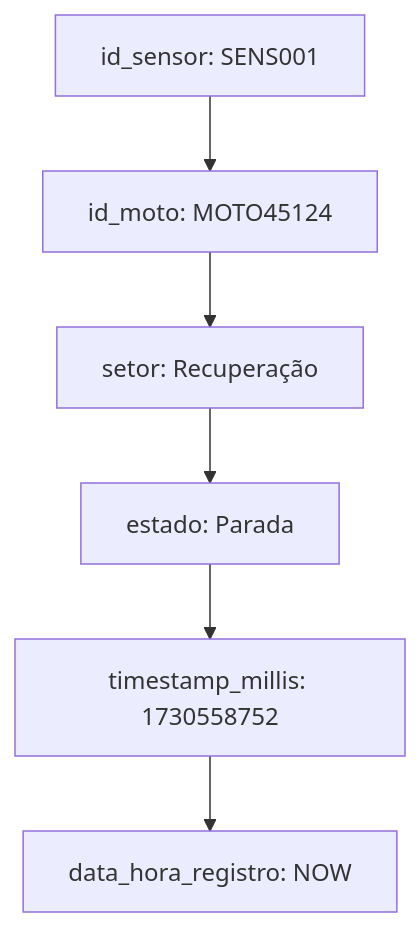
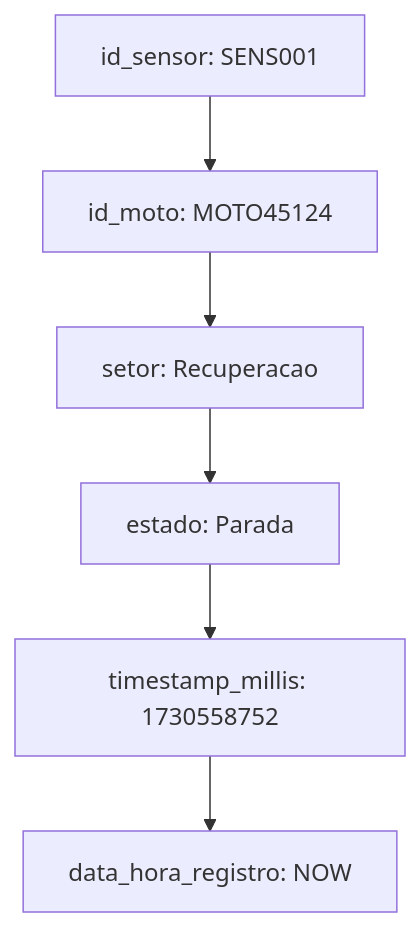
Before and after one commit to giovannarevitoroz/sprint03-mottu-motion-iot: the second of 4 diagrams in README.md, drawn with Mermaid. The commit also changed other lines of this file, not shown here.

````diff
--- a/README.md
+++ b/README.md
@@ -304,8 +304,8 @@
 ```mermaid
 graph TD
-    A[id_sensor: SENS001] --> B[id_moto: MOTO45124]
-    B --> C[setor: Recuperação]
-    C --> D[estado: Parada]
-    D --> E[timestamp_millis: 1730558752]
-    E --> F[data_hora_registro: NOW]
+    A["id_sensor: SENS001"] --> B["id_moto: MOTO45124"]
+    B --> C["setor: Recuperacao"]
+    C --> D["estado: Parada"]
+    D --> E["timestamp_millis: 1730558752"]
+    E --> F["data_hora_registro: NOW"]
 ```
````
